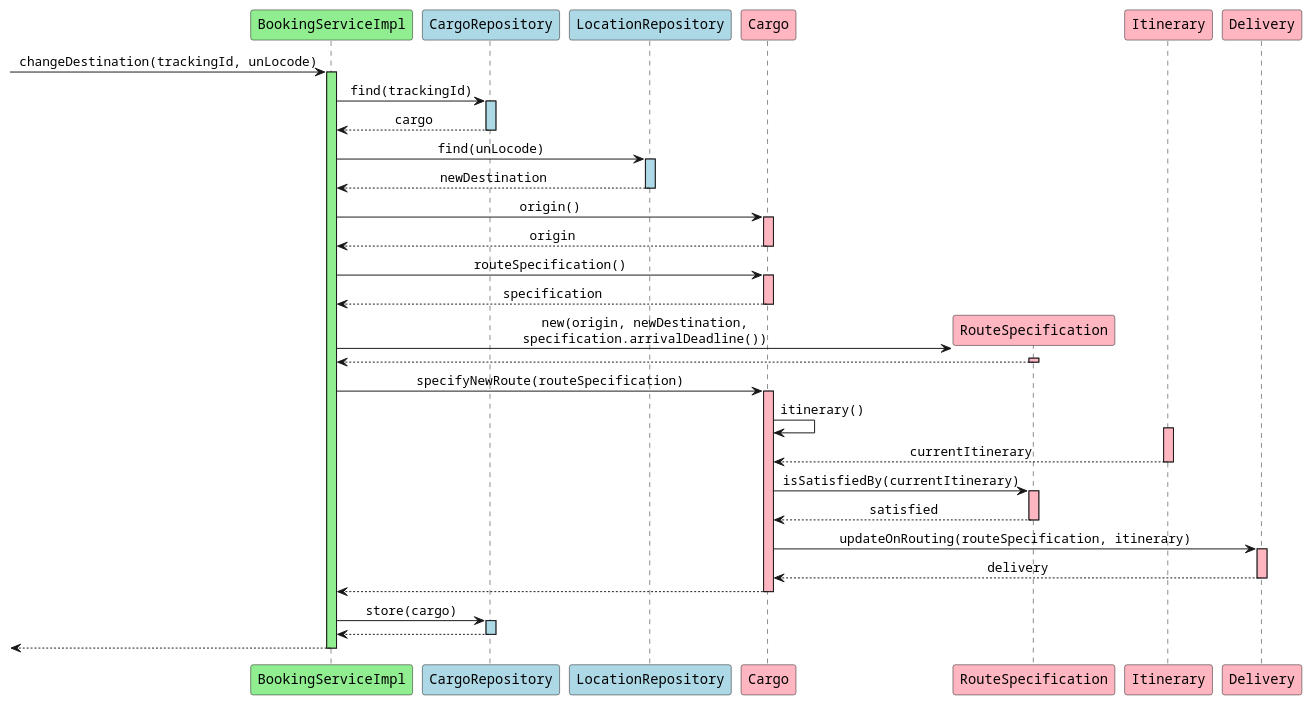
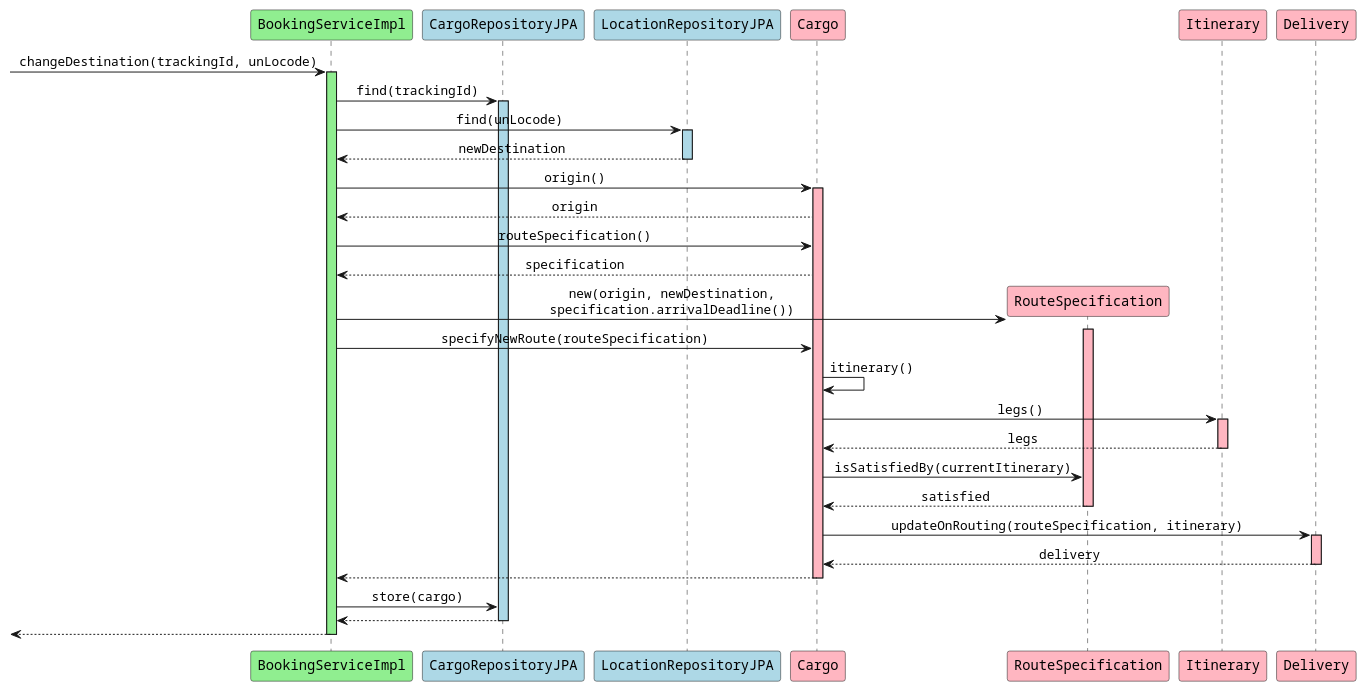
Before and after one commit to aowss/dddsample-core: the diagram in diagrams/BookingServiceImpl_changeDestination.puml, drawn with PlantUML. The commit also changed 480 other files, not shown here.

```diff
--- a/diagrams/BookingServiceImpl_changeDestination.puml
+++ b/diagrams/BookingServiceImpl_changeDestination.puml
@@ -1,72 +1,63 @@
 @startuml
 skinparam monochrome false
 skinparam defaultFontName Courier
 skinparam sequenceMessageAlign center
 
 participant "BookingServiceImpl" as bs #lightgreen
-participant "CargoRepository" as cr #lightblue
-participant "LocationRepository" as lr #lightblue
+participant "CargoRepositoryJPA" as cr #lightblue
+participant "LocationRepositoryJPA" as lr #lightblue
 participant "Cargo" as c #lightpink
 participant "RouteSpecification" as rs #lightpink
 participant "Itinerary" as i #lightpink
 participant "Delivery" as d #lightpink
 
 [-> bs: changeDestination(trackingId, unLocode)
 activate bs #lightgreen
 
 bs -> cr: find(trackingId)
 activate cr #lightblue
-cr --> bs: cargo
-deactivate cr
 
 bs -> lr: find(unLocode)
 activate lr #lightblue
 lr --> bs: newDestination
 deactivate lr
 
 bs -> c: origin()
 activate c #lightpink
 c --> bs: origin
-deactivate c
 
 bs -> c: routeSpecification()
-activate c #lightpink
 c --> bs: specification
-deactivate c
 
 create rs
 bs -> rs: new(origin, newDestination,\nspecification.arrivalDeadline())
 activate rs #lightpink
-rs --> bs
-deactivate rs
 
 bs -> c: specifyNewRoute(routeSpecification)
-activate c #lightpink
 
 c -> c: itinerary()
+c -> i: legs()
 activate i #lightpink
-i --> c: currentItinerary
+i --> c: legs
 deactivate i
 
 c -> rs: isSatisfiedBy(currentItinerary)
-activate rs #lightpink
 rs --> c: satisfied
 deactivate rs
 
 c -> d: updateOnRouting(routeSpecification, itinerary)
 activate d #lightpink
 d --> c: delivery
 deactivate d
 
 c --> bs
 deactivate c
 
 bs -> cr: store(cargo)
-activate cr #lightblue
 cr --> bs
 deactivate cr
 
 [<-- bs
 deactivate bs
 
 @enduml 
```
